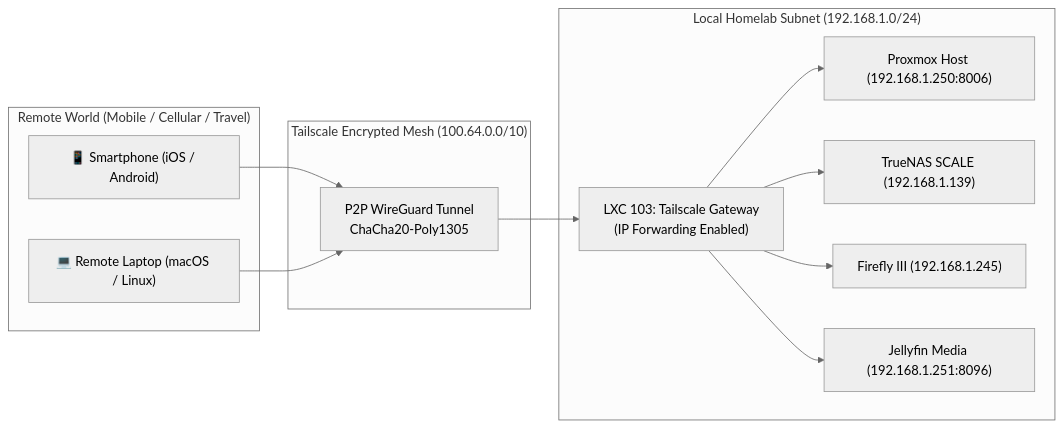
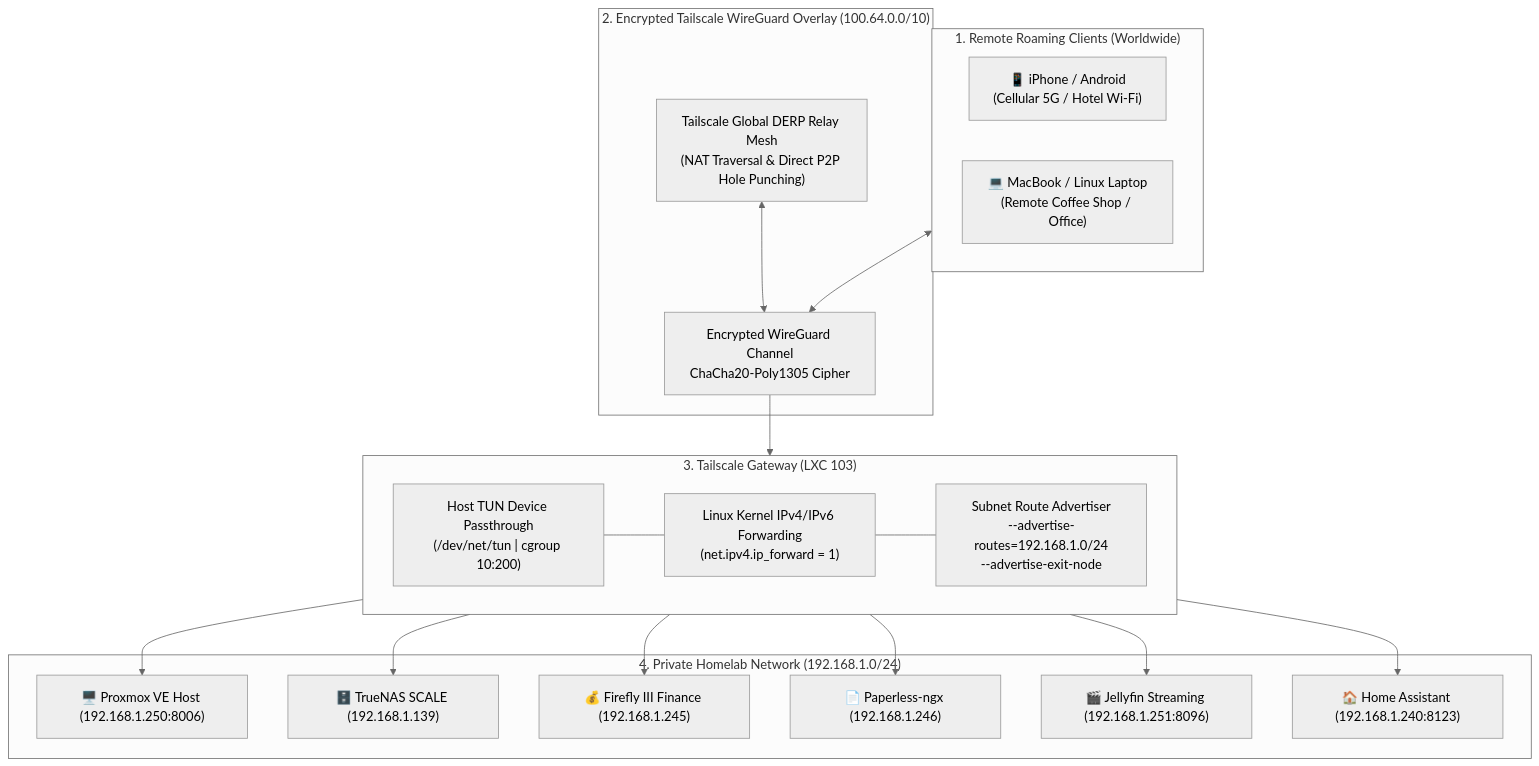
One commit to nishilshah/homelab-blueprints changed the diagram in services/tailscale-gateway/README.md. Above: the diagram before and after it, drawn with Mermaid (neutral theme). The commit also changed other lines of this file and 12 other files, not shown here.

Commit message:
docs: enrich all service blueprints with deep architecture, cross-service linkages, and decision rationale

````diff
--- a/services/tailscale-gateway/README.md
+++ b/services/tailscale-gateway/README.md
@@ -24,27 +25,42 @@
 ```mermaid
-flowchart LR
-    subgraph External ["Remote World (Mobile / Cellular / Travel)"]
-        Phone["📱 Smartphone (iOS / Android)"]
-        Laptop["💻 Remote Laptop (macOS / Linux)"]
+flowchart TD
+    subgraph RemoteClients ["1. Remote Roaming Clients (Worldwide)"]
+        Phone["📱 iPhone / Android<br/>(Cellular 5G / Hotel Wi-Fi)"]
+        Laptop["💻 MacBook / Linux Laptop<br/>(Remote Coffee Shop / Office)"]
     end
 
-    subgraph TailscaleMesh ["Tailscale Encrypted Mesh (100.64.0.0/10)"]
-        Tunnel["P2P WireGuard Tunnel<br/>ChaCha20-Poly1305"]
+    subgraph TailscaleMesh ["2. Encrypted Tailscale WireGuard Overlay (100.64.0.0/10)"]
+        DERP["Tailscale Global DERP Relay Mesh<br/>(NAT Traversal & Direct P2P Hole Punching)"]
+        Tunnel["Encrypted WireGuard Channel<br/>ChaCha20-Poly1305 Cipher"]
+        
+        DERP <--> Tunnel
     end
 
-    subgraph HomelabNetwork ["Local Homelab Subnet (192.168.1.0/24)"]
-        Router["LXC 103: Tailscale Gateway<br/>(IP Forwarding Enabled)"]
-        PVE["Proxmox Host (192.168.1.250:8006)"]
-        TrueNAS["TrueNAS SCALE (192.168.1.139)"]
-        Firefly["Firefly III (192.168.1.245)"]
-        Jellyfin["Jellyfin Media (192.168.1.251:8096)"]
+    RemoteClients <--> Tunnel
+
+    subgraph HomelabGateway ["3. Tailscale Gateway (LXC 103)"]
+        TUN["Host TUN Device Passthrough<br/>(/dev/net/tun | cgroup 10:200)"]
+        Forwarding["Linux Kernel IPv4/IPv6 Forwarding<br/>(net.ipv4.ip_forward = 1)"]
+        Router["Subnet Route Advertiser<br/>--advertise-routes=192.168.1.0/24<br/>--advertise-exit-node"]
+        
+        TUN --- Forwarding --- Router
     end
 
-    Phone --> Tunnel
-    Laptop --> Tunnel
-    Tunnel --> Router
-    Router --> PVE
-    Router --> TrueNAS
-    Router --> Firefly
-    Router --> Jellyfin
+    Tunnel --> HomelabGateway
+
+    subgraph HomeLAN ["4. Private Homelab Network (192.168.1.0/24)"]
+        PVE["🖥️ Proxmox VE Host (192.168.1.250:8006)"]
+        NAS["🗄️ TrueNAS SCALE (192.168.1.139)"]
+        FF["💰 Firefly III Finance (192.168.1.245)"]
+        Doc["📄 Paperless-ngx (192.168.1.246)"]
+        Media["🎬 Jellyfin Streaming (192.168.1.251:8096)"]
+        HA["🏠 Home Assistant (192.168.1.240:8123)"]
+    end
+
+    HomelabGateway --> PVE
+    HomelabGateway --> NAS
+    HomelabGateway --> FF
+    HomelabGateway --> Doc
+    HomelabGateway --> Media
+    HomelabGateway --> HA
 ```
````
